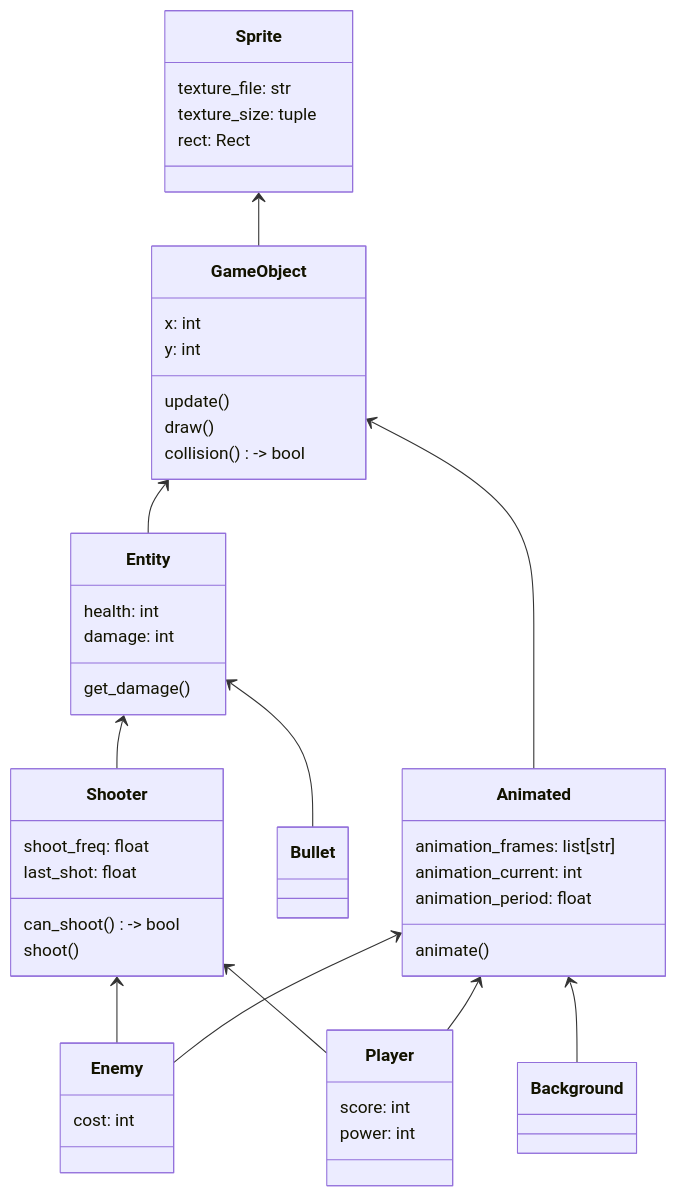
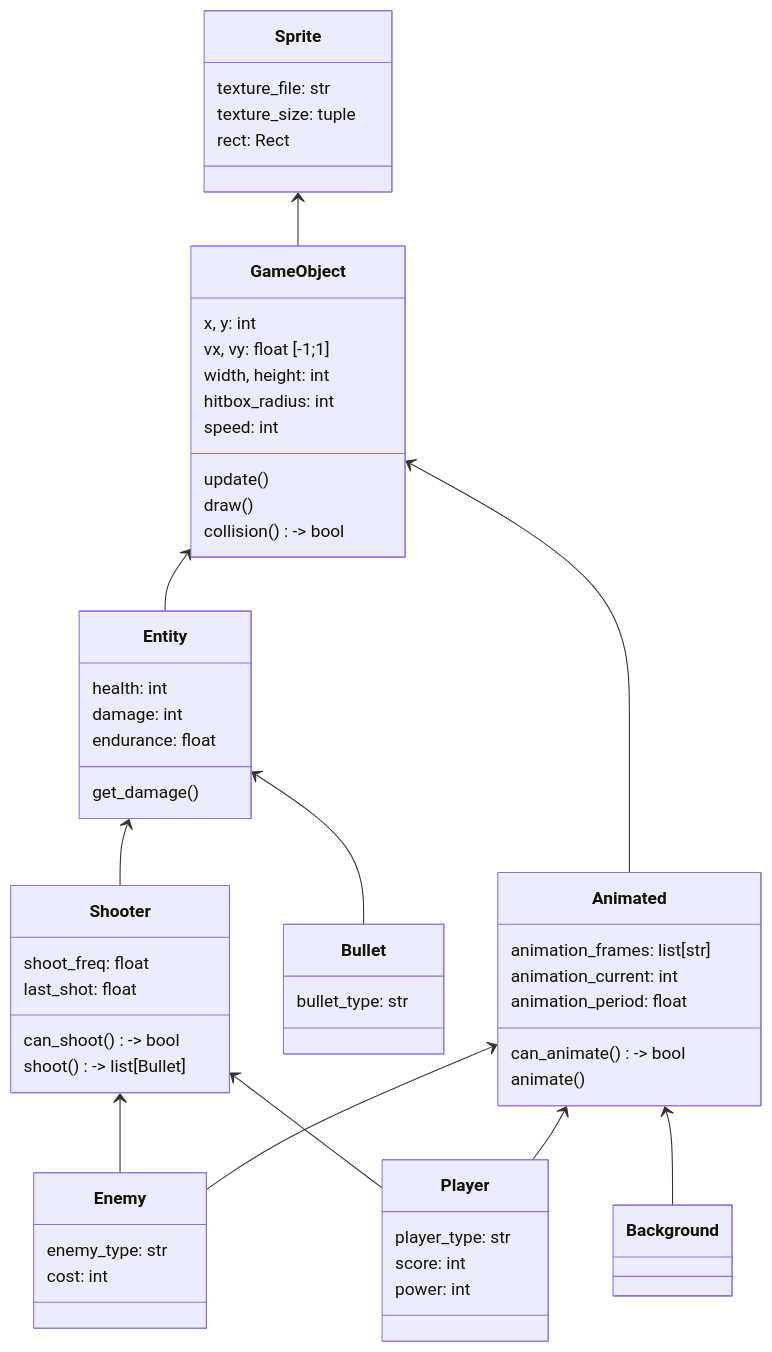
The second of 5 diagrams in docs/mecs.md (Virashu/danmaku), drawn with Mermaid before and after one commit. The commit also changed 1 other file, not shown here.

Commit message:
Update mecs

````diff
--- a/docs/mecs.md
+++ b/docs/mecs.md
@@ -78,56 +78,67 @@
 ```mermaid
 classDiagram
   Sprite <-- GameObject
   GameObject <-- Entity
   Shooter <-- Enemy
   Shooter <-- Player
   Entity <-- Bullet
   Animated <-- Player
   Animated <-- Enemy
   GameObject <-- Animated
   Animated <-- Background
   Entity <-- Shooter
 
   class Sprite {
     texture_file: str
     texture_size: tuple
     rect: Rect
   }
   class GameObject {
-    x: int
-    y: int
+    x, y: int
+    vx, vy: float [-1;1]
+    width, height: int
+    hitbox_radius: int
+    speed: int
+
     update()
     draw()
     collision() -> bool
   }
   class Entity {
     health: int
     damage: int
+    endurance: float
+
     get_damage()
   }
   class Shooter {
     shoot_freq: float
     last_shot: float
+
     can_shoot() -> bool
-    shoot()
+    shoot() -> list[Bullet]
   }
   class Player {
+    player_type: str
     score: int
     power: int
   }
   class Enemy {
+    enemy_type: str
     cost: int
   }
   class Animated {
     animation_frames: list[str]
     animation_current: int
     animation_period: float
+  
+    can_animate() -> bool
     animate()
   }
   class Bullet {
-
+    bullet_type: str
   }
   class Background {
 
   }
 ```
````
